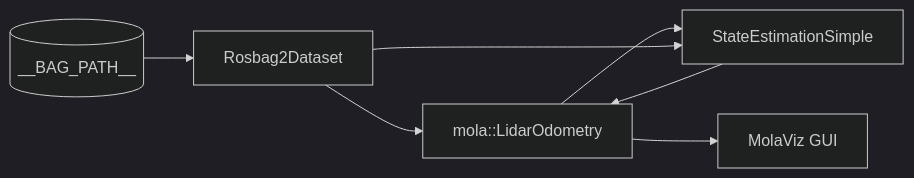
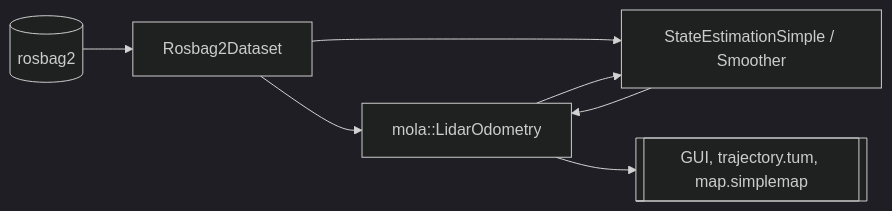
One commit to ros2-gbp/mola-release changed the tenth of 11 diagrams in docs/source/mola_ros2_configurations.rst. Above: the diagram before and after it, drawn with Mermaid (dark theme). The commit also changed other lines of this file and 119 other files, not shown here.

```diff
--- a/docs/source/mola_ros2_configurations.rst
+++ b/docs/source/mola_ros2_configurations.rst
@@ -572,9 +594,9 @@
 .. mermaid::
 
    flowchart LR
-     bag[(__BAG_PATH__)] --> ds[Rosbag2Dataset]
+     bag[(rosbag2)] --> ds[Rosbag2Dataset]
      ds --> lo[mola::LidarOdometry]
-     lo --> se[StateEstimationSimple]
-     ds --> se
+     ds --> se[StateEstimationSimple / Smoother]
+     lo --> se
      se --> lo
-     lo --> gui[MolaViz GUI]
+     lo --> out[[GUI, trajectory.tum, map.simplemap]]
```
